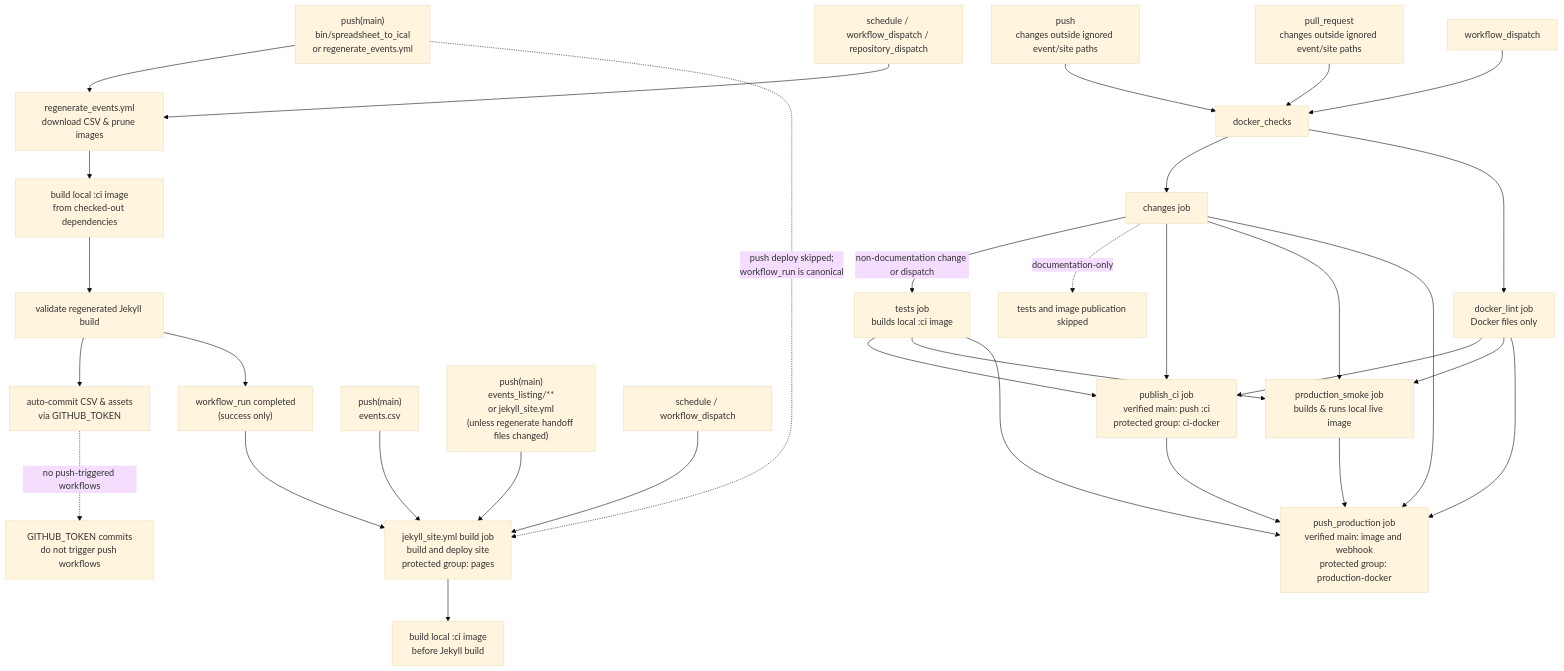
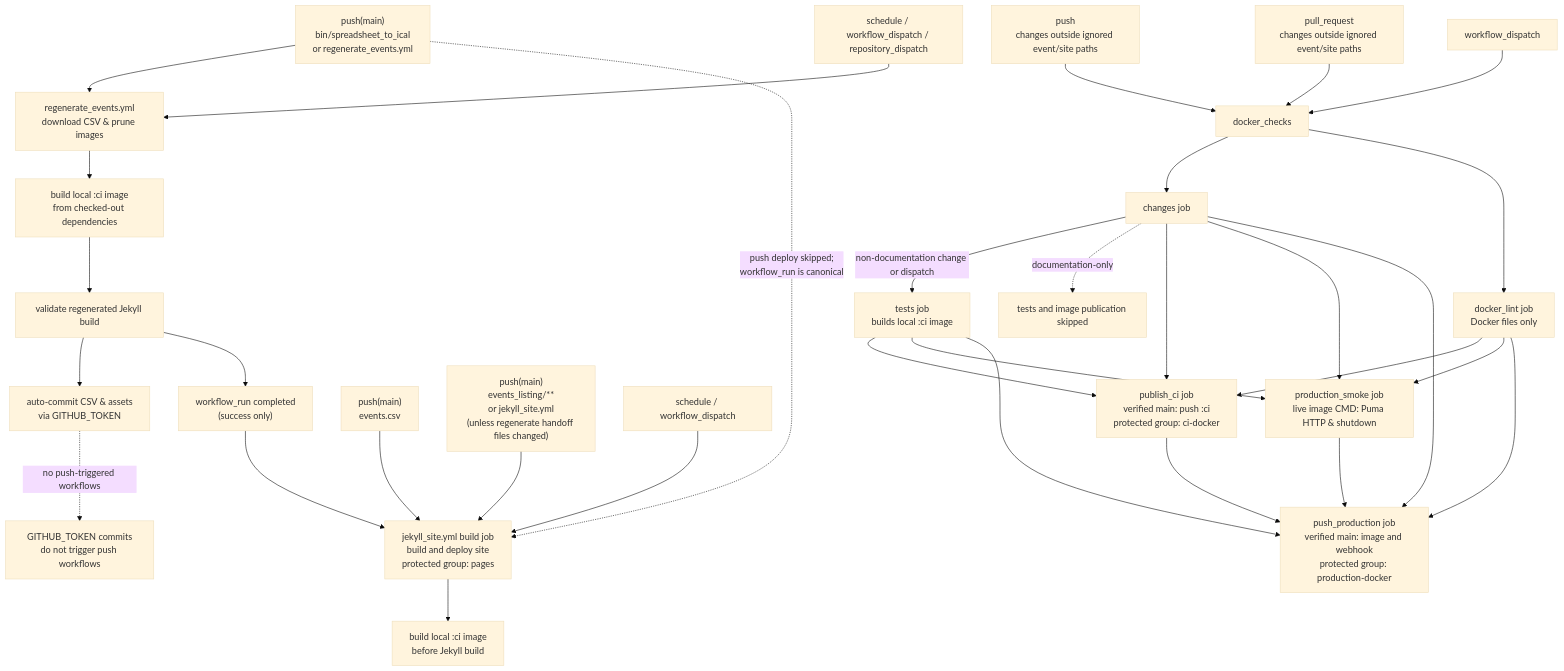
Before and after one commit to zewelor/ps_events: the diagram in .github/workflows/README.md, drawn with Mermaid (base theme). The commit also changed other lines of this file and 2 other files, not shown here.

Commit message:
ci: smoke test Puma HTTP and graceful shutdown

````diff
--- a/.github/workflows/README.md
+++ b/.github/workflows/README.md
@@ -9,40 +9,40 @@
 ```mermaid
 flowchart TD
     push_regen["push(main)<br/>bin/spreadsheet_to_ical<br/>or regenerate_events.yml"] --> regenerate["regenerate_events.yml<br/>download CSV & prune images"]
     schedule_regen["schedule / workflow_dispatch / repository_dispatch"] --> regenerate
 
     regenerate --> regen_image["build local :ci image<br/>from checked-out dependencies"]
     regen_image --> regen_validate["validate regenerated Jekyll build"]
     regen_validate --> regen_commit["auto-commit CSV & assets<br/>via GITHUB_TOKEN"]
     regen_validate --> regen_complete["workflow_run completed<br/>(success only)"]
     regen_complete --> jekyll["jekyll_site.yml build job<br/>build and deploy site<br/>protected group: pages"]
 
     regen_commit -. no push-triggered workflows .-> token_note["GITHUB_TOKEN commits<br/>do not trigger push workflows"]
     push_regen -. push deploy skipped;<br/>workflow_run is canonical .-> jekyll
 
     push_events["push(main)<br/>events.csv"] --> jekyll
 
     push_site["push(main)<br/>events_listing/**<br/>or jekyll_site.yml<br/>(unless regenerate handoff files changed)"] --> jekyll
     schedule_site["schedule / workflow_dispatch"] --> jekyll
     jekyll --> site_image["build local :ci image<br/>before Jekyll build"]
 
     push_backend["push<br/>changes outside ignored event/site paths"] --> docker_checks
     pr_backend["pull_request<br/>changes outside ignored event/site paths"] --> docker_checks
     dispatch_backend["workflow_dispatch"] --> docker_checks
 
     docker_checks --> docker_changes["changes job"]
     docker_changes -->|non-documentation change or dispatch| docker_tests["tests job<br/>builds local :ci image"]
     docker_changes -. documentation-only .-> docker_docs["tests and image publication skipped"]
     docker_checks --> docker_lint["docker_lint job<br/>Docker files only"]
     docker_tests --> docker_ci["publish_ci job<br/>verified main: push :ci<br/>protected group: ci-docker"]
     docker_changes --> docker_ci
     docker_lint --> docker_ci
-    docker_tests --> docker_smoke["production_smoke job<br/>builds & runs local live image"]
+    docker_tests --> docker_smoke["production_smoke job<br/>live image CMD: Puma HTTP & shutdown"]
     docker_changes --> docker_smoke
     docker_lint --> docker_smoke
     docker_ci --> docker_production["push_production job<br/>verified main: image and webhook<br/>protected group: production-docker"]
     docker_smoke --> docker_production
     docker_changes --> docker_production
     docker_tests --> docker_production
     docker_lint --> docker_production
 ```
````
